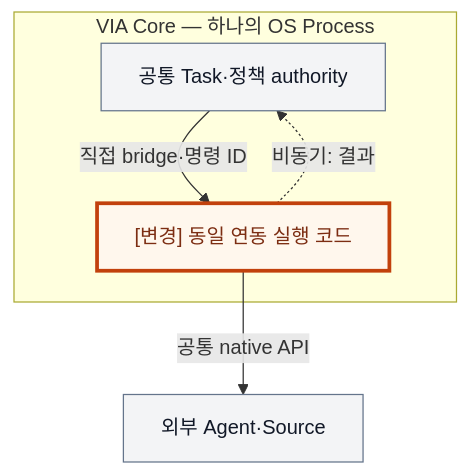
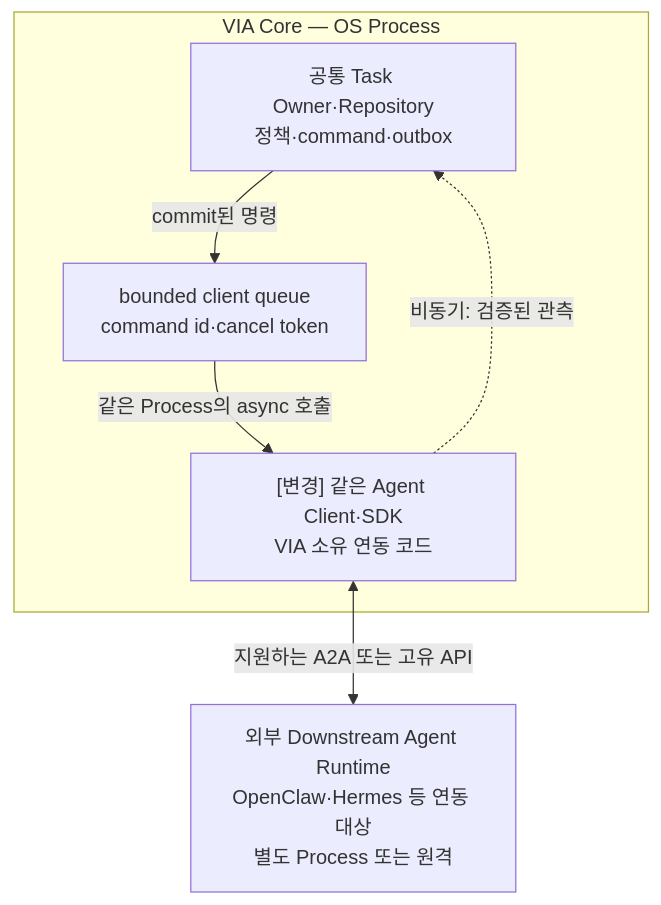
Before and after one commit to cbyche/via-sw-architecture: the third of 4 diagrams in docs/architecture/12-decisions/via-dp-11-process-isolation.md, drawn with Mermaid. The commit also changed other lines of this file and 59 other files, not shown here.

Commit message:
docs: consolidate comprehensive VIA decision inventory and implementation diagrams

````diff
--- a/docs/architecture/12-decisions/via-dp-11-process-isolation.md
+++ b/docs/architecture/12-decisions/via-dp-11-process-isolation.md
@@ -70,13 +80,9 @@
 ```mermaid
 flowchart TB
- subgraph C["VIA Core — 하나의 OS Process"]
- S["공통 Task·정책 authority"] -->|직접 bridge·명령 ID| I["[변경] 동일 연동 실행 코드"]
- I -.->|비동기: 결과| S
+ subgraph V["VIA Core — OS Process"]
+ T["공통 Task Owner·Repository<br/>정책·command·outbox"] -->|"commit된 명령"| Q["bounded client queue<br/>command id·cancel token"]
+ Q -->|"같은 Process의 async 호출"| I["[변경] 같은 Agent Client·SDK<br/>VIA 소유 연동 코드"]
+ I -.->|"비동기: 검증된 관측"| T
  end
- I -->|공통 native API| G["외부 Agent·Source"]
-
-classDef common fill:#F3F4F6,stroke:#64748B,color:#111827;
-classDef change fill:#FFF7ED,stroke:#C2410C,stroke-width:3px,color:#7C2D12;
-class S,G common;
-class I change;
+ I <-->|"지원하는 A2A 또는 고유 API"| A["외부 Downstream Agent Runtime<br/>OpenClaw·Hermes 등 연동 대상<br/>별도 Process 또는 원격"]
 ```
````
